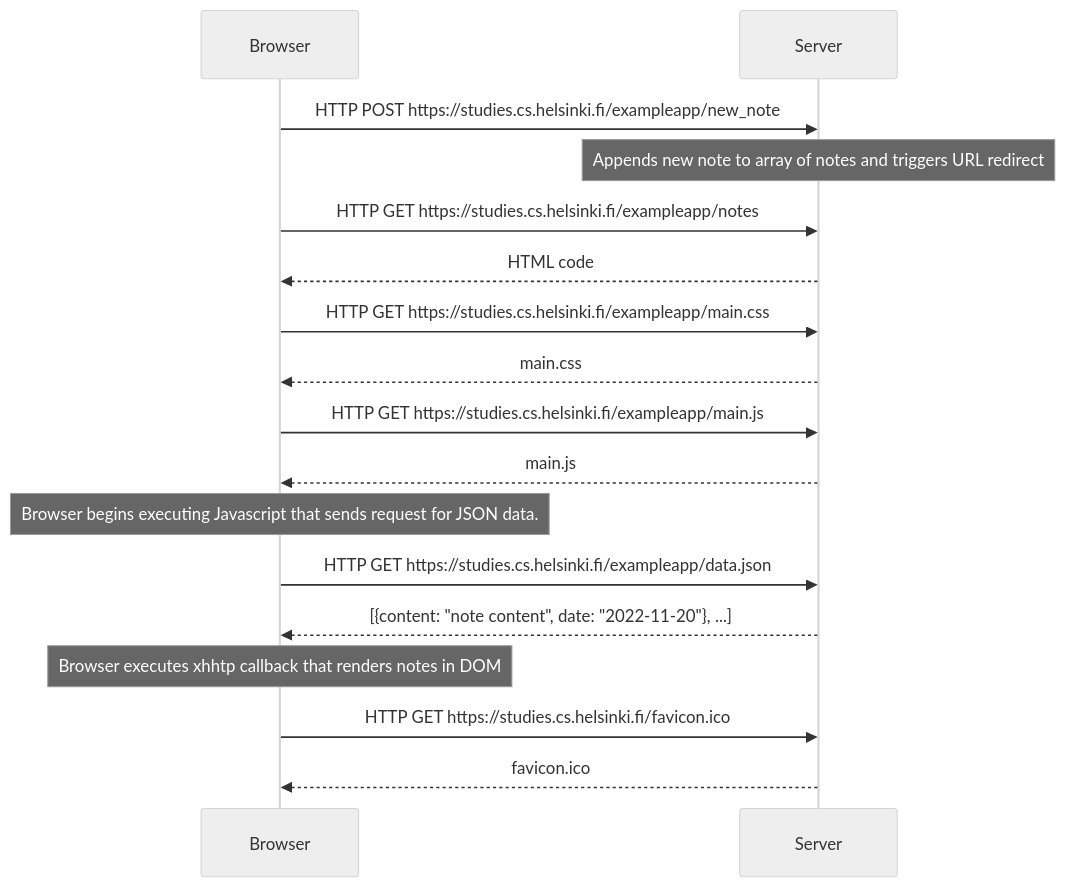
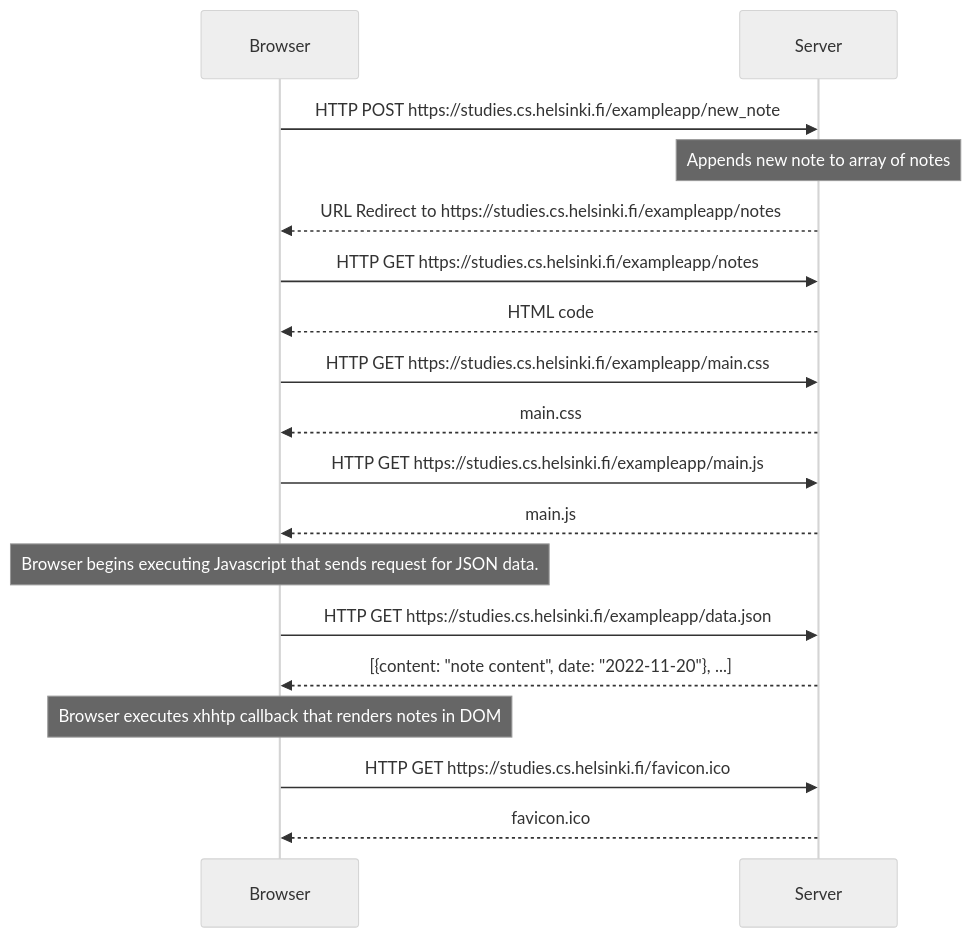
Before and after one commit to katelyngrimoldby/full-stack-open: the diagram in part0/0.4.md, drawn with Mermaid (neutral theme).

Commit message:
Tweak URL Redirect diagram

````diff
--- a/part0/0.4.md
+++ b/part0/0.4.md
@@ -2,17 +2,18 @@
 ```mermaid
 sequenceDiagram
 Browser->>Server: HTTP POST https://studies.cs.helsinki.fi/exampleapp/new_note
-Note over Server: Appends new note to array of notes and triggers URL redirect
+Note over Server: Appends new note to array of notes
+Server-->>Browser: URL Redirect to https://studies.cs.helsinki.fi/exampleapp/notes
 Browser->>Server: HTTP GET https://studies.cs.helsinki.fi/exampleapp/notes
 Server-->>Browser: HTML code
 Browser->>Server: HTTP GET https://studies.cs.helsinki.fi/exampleapp/main.css
 Server-->>Browser: main.css
 Browser->>Server: HTTP GET https://studies.cs.helsinki.fi/exampleapp/main.js
 Server-->>Browser: main.js
 Note over Browser: Browser begins executing Javascript that sends request for JSON data.
 Browser->>Server: HTTP GET https://studies.cs.helsinki.fi/exampleapp/data.json
 Server-->>Browser: [{content: "note content", date: "2022-11-20"}, ...]
 Note over Browser: Browser executes xhhtp callback that renders notes in DOM
 Browser->>Server: HTTP GET https://studies.cs.helsinki.fi/favicon.ico
 Server-->>Browser: favicon.ico
 ```
````
